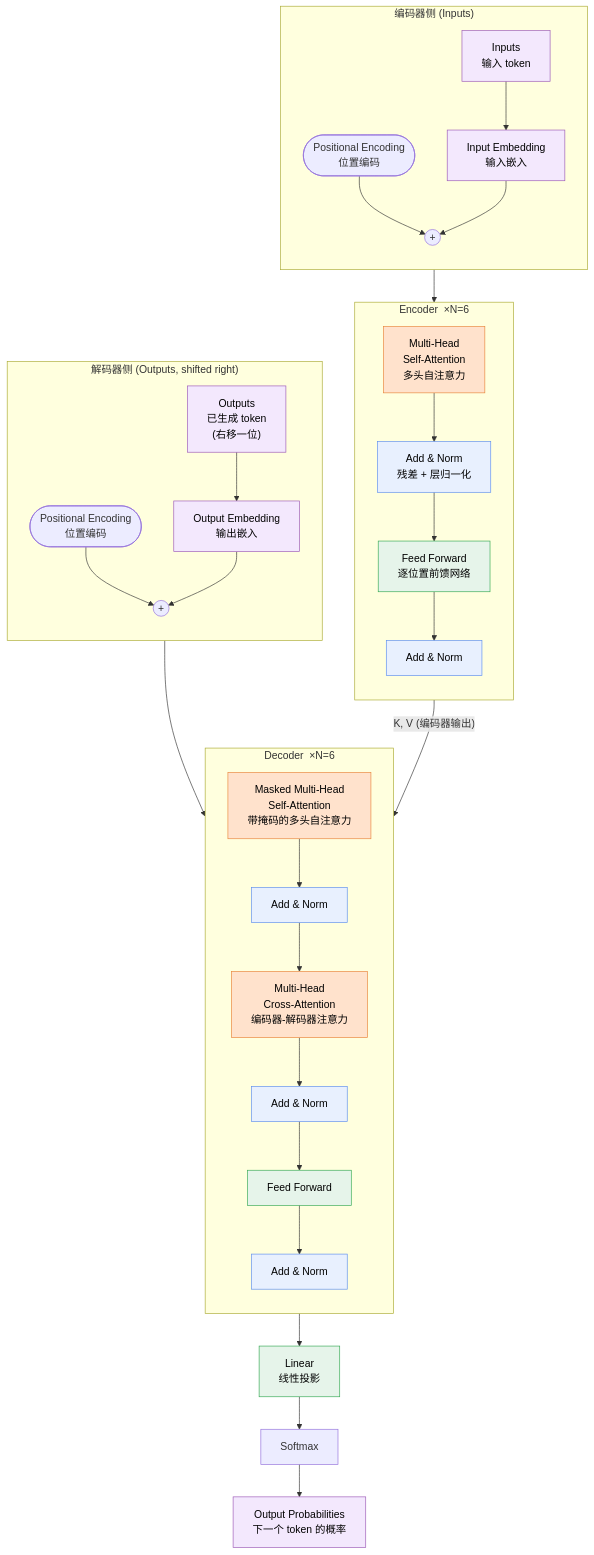
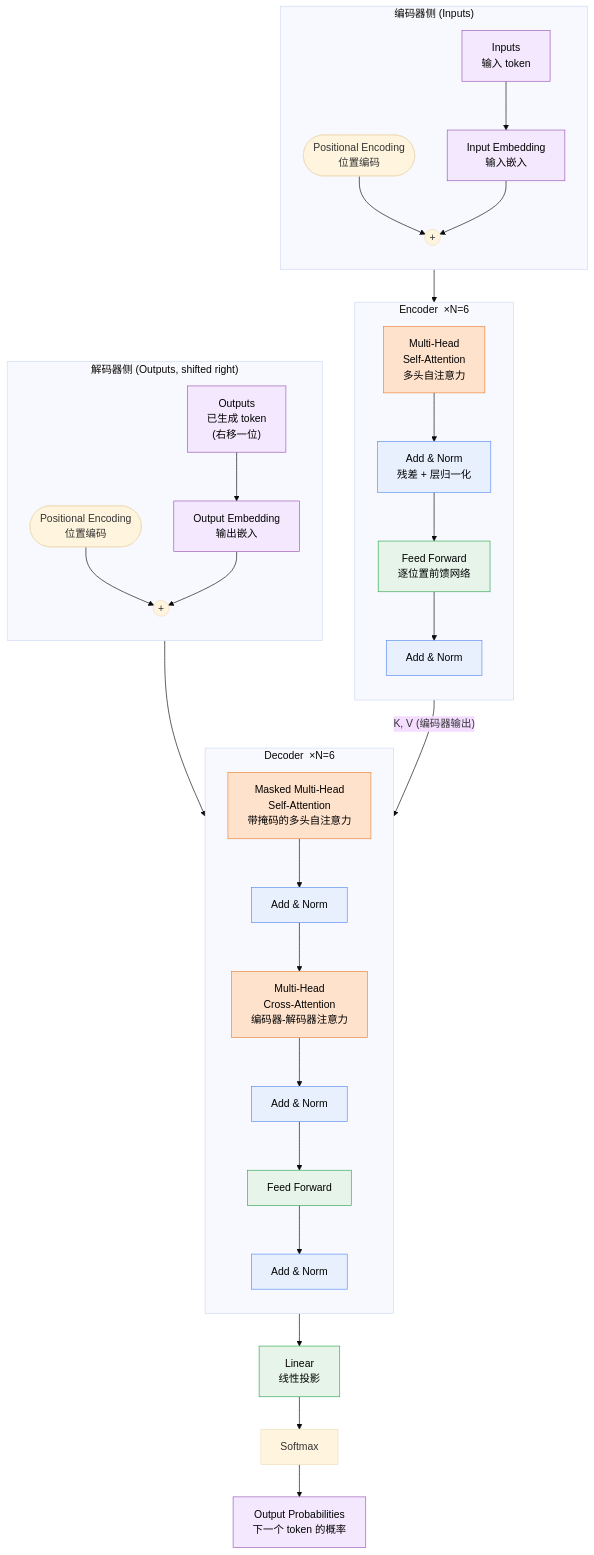
One commit to wanghaven/note changed the diagram in personal/40-Resources/ai-ml/papers/attention-is-all-you-need-analysis.md. Above: the diagram before and after it, drawn with Mermaid. The commit also changed 17 other files, not shown here.

Commit message:
Improve diagrams and local diagram assets

````diff
--- a/personal/40-Resources/ai-ml/papers/attention-is-all-you-need-analysis.md
+++ b/personal/40-Resources/ai-ml/papers/attention-is-all-you-need-analysis.md
@@ -105,55 +105,56 @@
 ```mermaid
+%%{init: {'theme': 'base', 'flowchart': {'curve': 'basis'}}}%%
 flowchart TB
     %% ================= 编码器侧 =================
     subgraph ENC_SIDE["编码器侧 (Inputs)"]
         direction TB
         IN["Inputs<br/>输入 token"] --> IEMB["Input Embedding<br/>输入嵌入"]
         IPE(["Positional Encoding<br/>位置编码"]) --> IADD(("+"))
         IEMB --> IADD
     end
 
     subgraph ENC["Encoder &nbsp;×N=6"]
         direction TB
         E_MHA["Multi-Head<br/>Self-Attention<br/>多头自注意力"] --> E_AN1["Add & Norm<br/>残差 + 层归一化"]
         E_AN1 --> E_FFN["Feed Forward<br/>逐位置前馈网络"]
         E_FFN --> E_AN2["Add & Norm"]
     end
 
     IADD --> E_MHA
 
     %% ================= 解码器侧 =================
     subgraph DEC_SIDE["解码器侧 (Outputs, shifted right)"]
         direction TB
         OUT["Outputs<br/>已生成 token<br/>(右移一位)"] --> OEMB["Output Embedding<br/>输出嵌入"]
         OPE(["Positional Encoding<br/>位置编码"]) --> OADD(("+"))
         OEMB --> OADD
     end
 
     subgraph DEC["Decoder &nbsp;×N=6"]
         direction TB
         D_MMHA["Masked Multi-Head<br/>Self-Attention<br/>带掩码的多头自注意力"] --> D_AN1["Add & Norm"]
         D_AN1 --> D_CROSS["Multi-Head<br/>Cross-Attention<br/>编码器-解码器注意力"]
         D_CROSS --> D_AN2["Add & Norm"]
         D_AN2 --> D_FFN["Feed Forward"]
         D_FFN --> D_AN3["Add & Norm"]
     end
 
     OADD --> D_MMHA
 
     %% ================= 编码器输出 -> 解码器交叉注意力 (K,V) =================
     E_AN2 -- "K, V (编码器输出)" --> D_CROSS
 
     %% ================= 输出头 =================
     D_AN3 --> LIN["Linear<br/>线性投影"]
     LIN --> SM["Softmax"]
     SM --> PROB["Output Probabilities<br/>下一个 token 的概率"]
 
     classDef attn fill:#ffe2cc,stroke:#e8853a,color:#000;
     classDef norm fill:#e8f0fe,stroke:#5b8def,color:#000;
     classDef ffn fill:#e6f4ea,stroke:#34a853,color:#000;
     classDef io fill:#f3e8fd,stroke:#9b59b6,color:#000;
     class E_MHA,D_MMHA,D_CROSS attn;
     class E_AN1,E_AN2,D_AN1,D_AN2,D_AN3 norm;
     class E_FFN,D_FFN,LIN ffn;
     class IN,OUT,PROB,IEMB,OEMB io;
 ```
````
